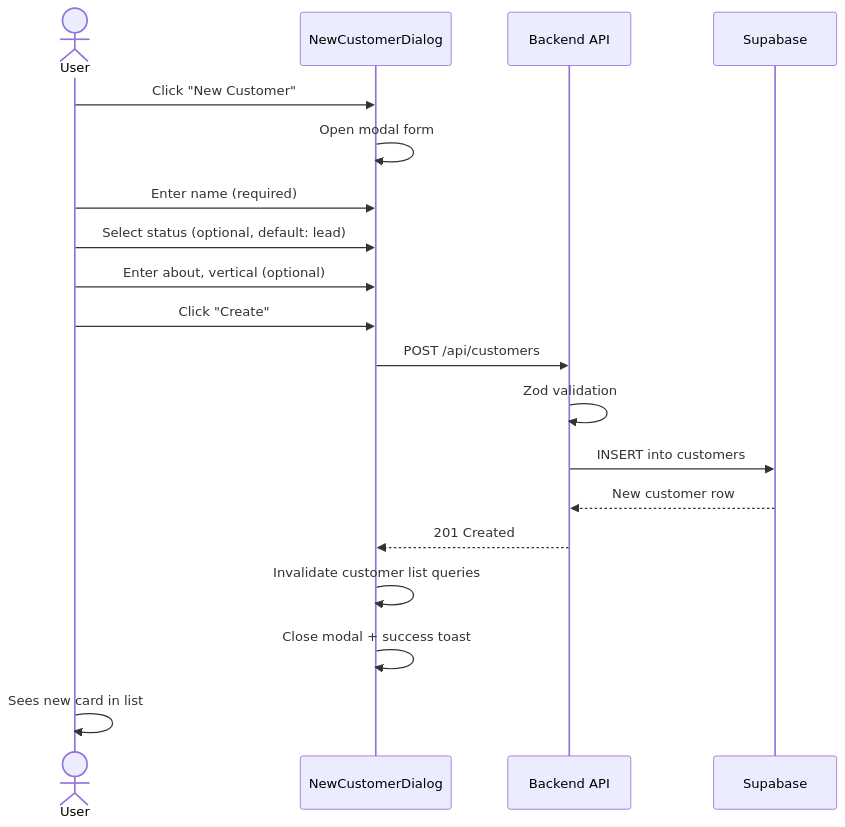
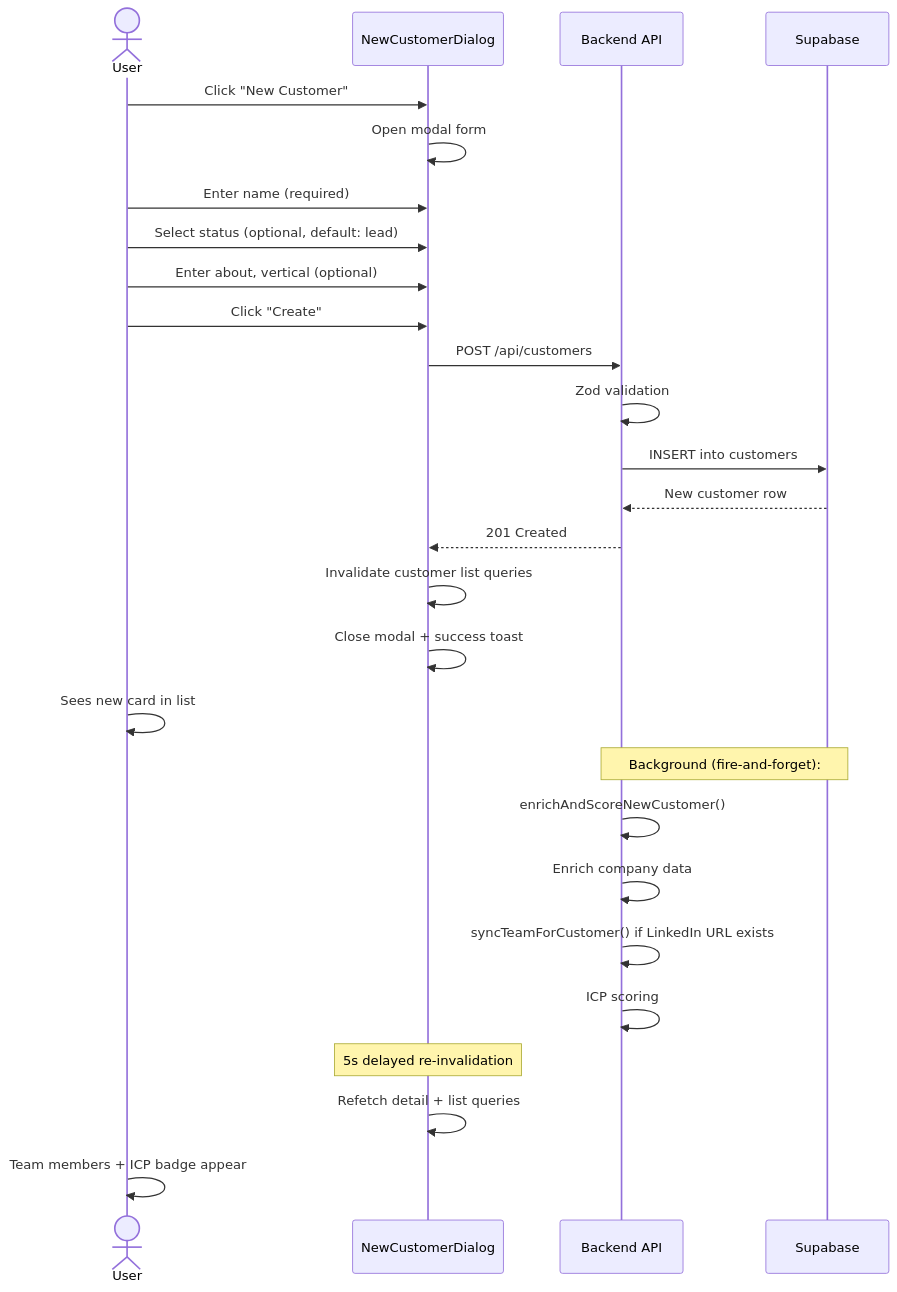
Before and after one commit to kobiagi-builder/nextup: the first of 7 diagrams in docs/flows/customer-management-flow.md, drawn with Mermaid. The commit also changed other lines of this file and 241 other files, not shown here.

````diff
--- a/docs/flows/customer-management-flow.md
+++ b/docs/flows/customer-management-flow.md
@@ -21,22 +21,30 @@
 ```mermaid
 sequenceDiagram
     actor User
     participant Dialog as NewCustomerDialog
     participant API as Backend API
     participant DB as Supabase
 
     User->>Dialog: Click "New Customer"
     Dialog->>Dialog: Open modal form
     User->>Dialog: Enter name (required)
     User->>Dialog: Select status (optional, default: lead)
     User->>Dialog: Enter about, vertical (optional)
     User->>Dialog: Click "Create"
     Dialog->>API: POST /api/customers
     API->>API: Zod validation
     API->>DB: INSERT into customers
     DB-->>API: New customer row
     API-->>Dialog: 201 Created
     Dialog->>Dialog: Invalidate customer list queries
     Dialog->>Dialog: Close modal + success toast
     User->>User: Sees new card in list
+    Note over API,DB: Background (fire-and-forget):
+    API->>API: enrichAndScoreNewCustomer()
+    API->>API: Enrich company data
+    API->>API: syncTeamForCustomer() if LinkedIn URL exists
+    API->>API: ICP scoring
+    Note over Dialog: 5s delayed re-invalidation
+    Dialog->>Dialog: Refetch detail + list queries
+    User->>User: Team members + ICP badge appear
 ```
````
